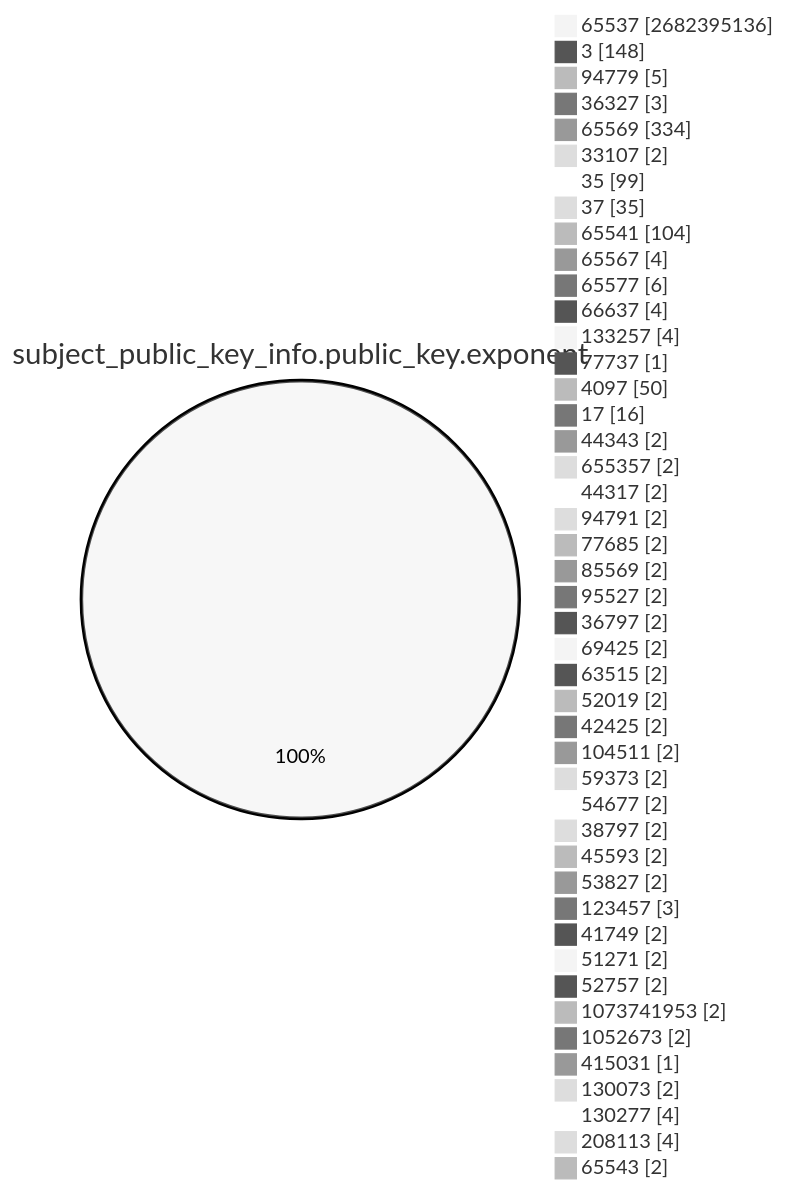
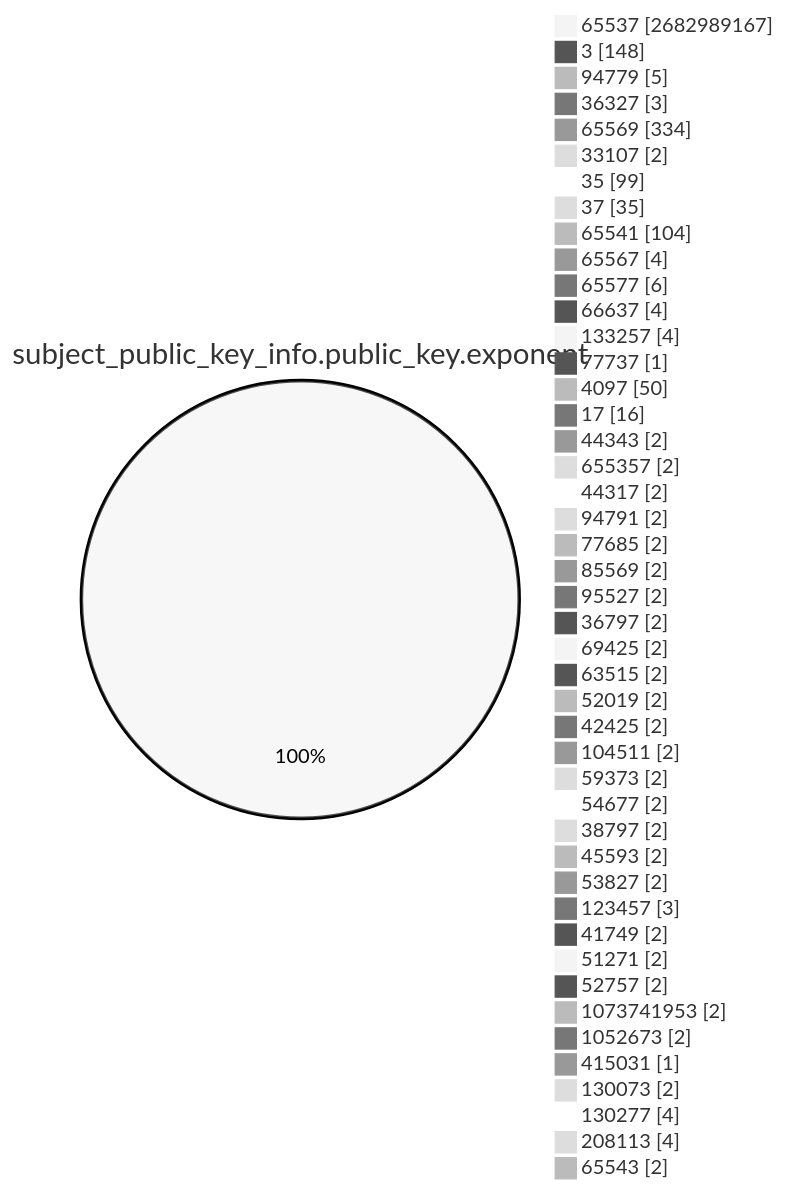
The fourth of 15 diagrams in TOTAL/README.md (christiankrug/ctmonitor_visualization), drawn with Mermaid (neutral theme) before and after one commit. The commit also changed other lines of this file, not shown here.

````diff
--- a/TOTAL/README.md
+++ b/TOTAL/README.md
@@ -1466,49 +1466,49 @@
 ```mermaid
 pie showData
 title subject_public_key_info.public_key.exponent
-"65537" :2682395136
+"65537" :2682989167
 "3" :148
 "94779" :5
 "36327" :3
 "65569" :334
 "33107" :2
 "35" :99
 "37" :35
 "65541" :104
 "65567" :4
 "65577" :6
 "66637" :4
 "133257" :4
 "77737" :1
 "4097" :50
 "17" :16
 "44343" :2
 "655357" :2
 "44317" :2
 "94791" :2
 "77685" :2
 "85569" :2
 "95527" :2
 "36797" :2
 "69425" :2
 "63515" :2
 "52019" :2
 "42425" :2
 "104511" :2
 "59373" :2
 "54677" :2
 "38797" :2
 "45593" :2
 "53827" :2
 "123457" :3
 "41749" :2
 "51271" :2
 "52757" :2
 "1073741953" :2
 "1052673" :2
 "415031" :1
 "130073" :2
 "130277" :4
 "208113" :4
 "65543" :2
 ```
````
